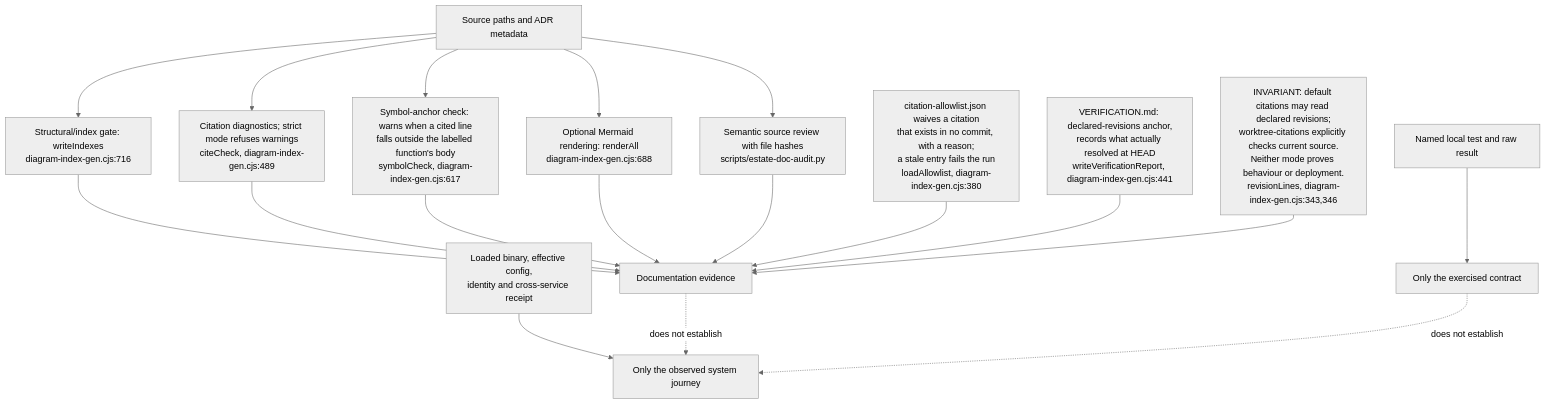
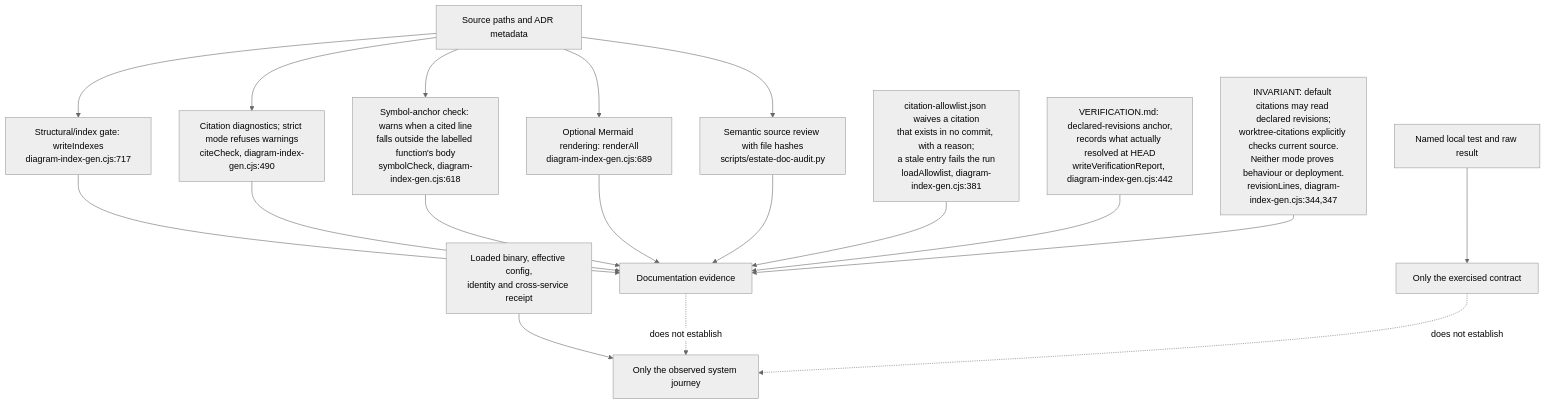
The fifth of 5 diagrams in docs/diagrams/estate/90-evidence-and-supporting-repositories.md (DreamLab-AI/VisionFlow), drawn with Mermaid (neutral theme) before and after one commit. The commit also changed other lines of this file and 80 other files, not shown here.

First line of the commit message:
docs(diagrams): re-verify the agentbox, dreamlab, estate and visionflow corpus against current sources

````diff
--- a/docs/diagrams/estate/90-evidence-and-supporting-repositories.md
+++ b/docs/diagrams/estate/90-evidence-and-supporting-repositories.md
@@ -98,20 +98,20 @@
 ```mermaid
 flowchart TB
-    F["Source paths and ADR metadata"] --> G["Structural/index gate: writeIndexes<br/>diagram-index-gen.cjs:716"]
-    F --> C["Citation diagnostics; strict mode refuses warnings<br/>citeCheck, diagram-index-gen.cjs:489"]
-    F --> SYM["Symbol-anchor check: warns when a cited line<br/>falls outside the labelled function's body<br/>symbolCheck, diagram-index-gen.cjs:617"]
-    F --> R["Optional Mermaid rendering: renderAll<br/>diagram-index-gen.cjs:688"]
+    F["Source paths and ADR metadata"] --> G["Structural/index gate: writeIndexes<br/>diagram-index-gen.cjs:717"]
+    F --> C["Citation diagnostics; strict mode refuses warnings<br/>citeCheck, diagram-index-gen.cjs:490"]
+    F --> SYM["Symbol-anchor check: warns when a cited line<br/>falls outside the labelled function's body<br/>symbolCheck, diagram-index-gen.cjs:618"]
+    F --> R["Optional Mermaid rendering: renderAll<br/>diagram-index-gen.cjs:689"]
     F --> S["Semantic source review with file hashes<br/>scripts/estate-doc-audit.py"]
     G --> DOC["Documentation evidence"]
     C --> DOC
     SYM --> DOC
     R --> DOC
     S --> DOC
-    ALLOW["citation-allowlist.json waives a citation<br/>that exists in no commit, with a reason;<br/>a stale entry fails the run<br/>loadAllowlist, diagram-index-gen.cjs:380"] --> DOC
-    VER["VERIFICATION.md: declared-revisions anchor,<br/>records what actually resolved at HEAD<br/>writeVerificationReport, diagram-index-gen.cjs:441"] --> DOC
+    ALLOW["citation-allowlist.json waives a citation<br/>that exists in no commit, with a reason;<br/>a stale entry fails the run<br/>loadAllowlist, diagram-index-gen.cjs:381"] --> DOC
+    VER["VERIFICATION.md: declared-revisions anchor,<br/>records what actually resolved at HEAD<br/>writeVerificationReport, diagram-index-gen.cjs:442"] --> DOC
     TEST["Named local test and raw result"] --> LOCAL["Only the exercised contract"]
     RUN["Loaded binary, effective config,<br/>identity and cross-service receipt"] --> ACCEPT["Only the observed system journey"]
     DOC -.->|"does not establish"| ACCEPT
     LOCAL -.->|"does not establish"| ACCEPT
-    NOTE["INVARIANT: default citations may read declared revisions;<br/>worktree-citations explicitly checks current source.<br/>Neither mode proves behaviour or deployment.<br/>revisionLines, diagram-index-gen.cjs:343,346"] --> DOC
+    NOTE["INVARIANT: default citations may read declared revisions;<br/>worktree-citations explicitly checks current source.<br/>Neither mode proves behaviour or deployment.<br/>revisionLines, diagram-index-gen.cjs:344,347"] --> DOC
 ```
````
